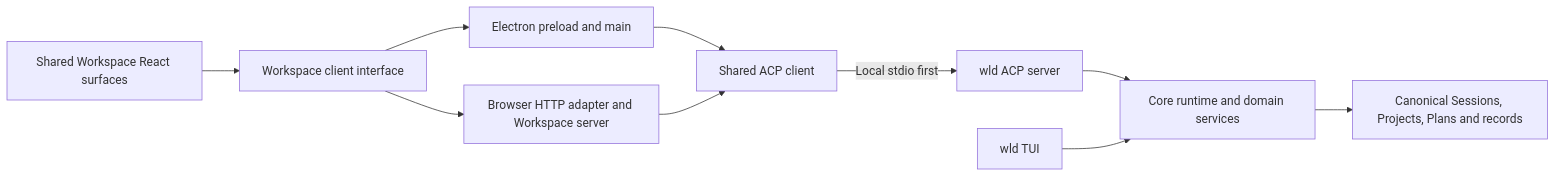
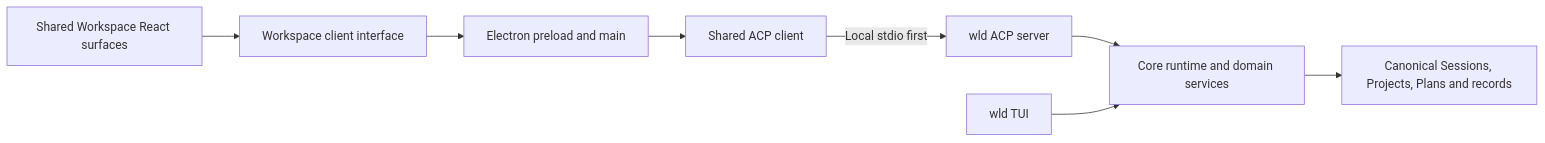
One commit to RunWield/runwield changed the diagram in docs/adr/020-electron-workspace-acp-client.md. Above: the diagram before and after it, drawn with Mermaid. The commit also changed other lines of this file and 60 other files, not shown here.

````diff
--- a/docs/adr/020-electron-workspace-acp-client.md
+++ b/docs/adr/020-electron-workspace-acp-client.md
@@ -36,12 +42,10 @@
 ```mermaid
 flowchart LR
     UI[Shared Workspace React surfaces] --> Client[Workspace client interface]
     Client --> Desktop[Electron preload and main]
-    Client --> Web[Browser HTTP adapter and Workspace server]
     Desktop --> ACP[Shared ACP client]
-    Web --> ACP
     ACP -->|Local stdio first| WLD[wld ACP server]
     WLD --> Core[Core runtime and domain services]
     TUI[wld TUI] --> Core
     Core --> State[Canonical Sessions, Projects, Plans and records]
 ```
````
